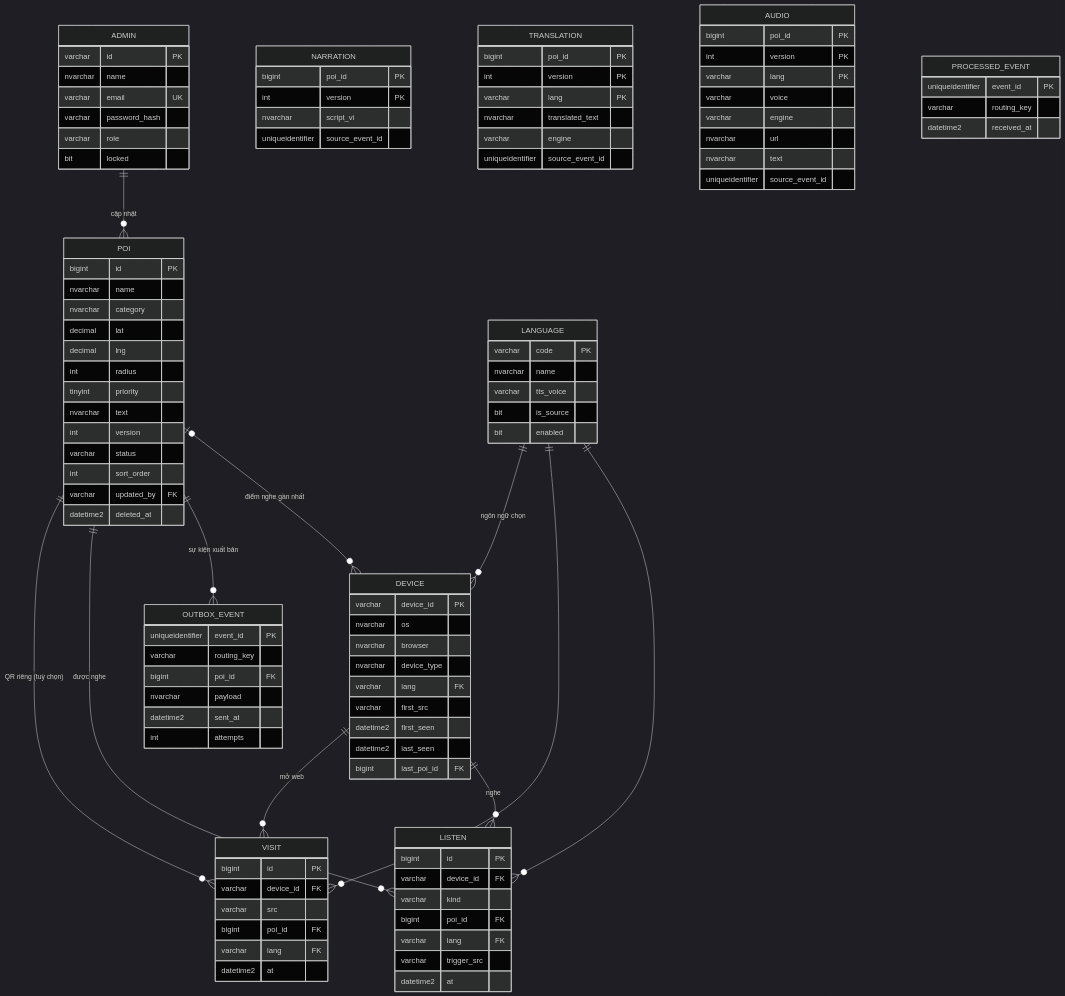
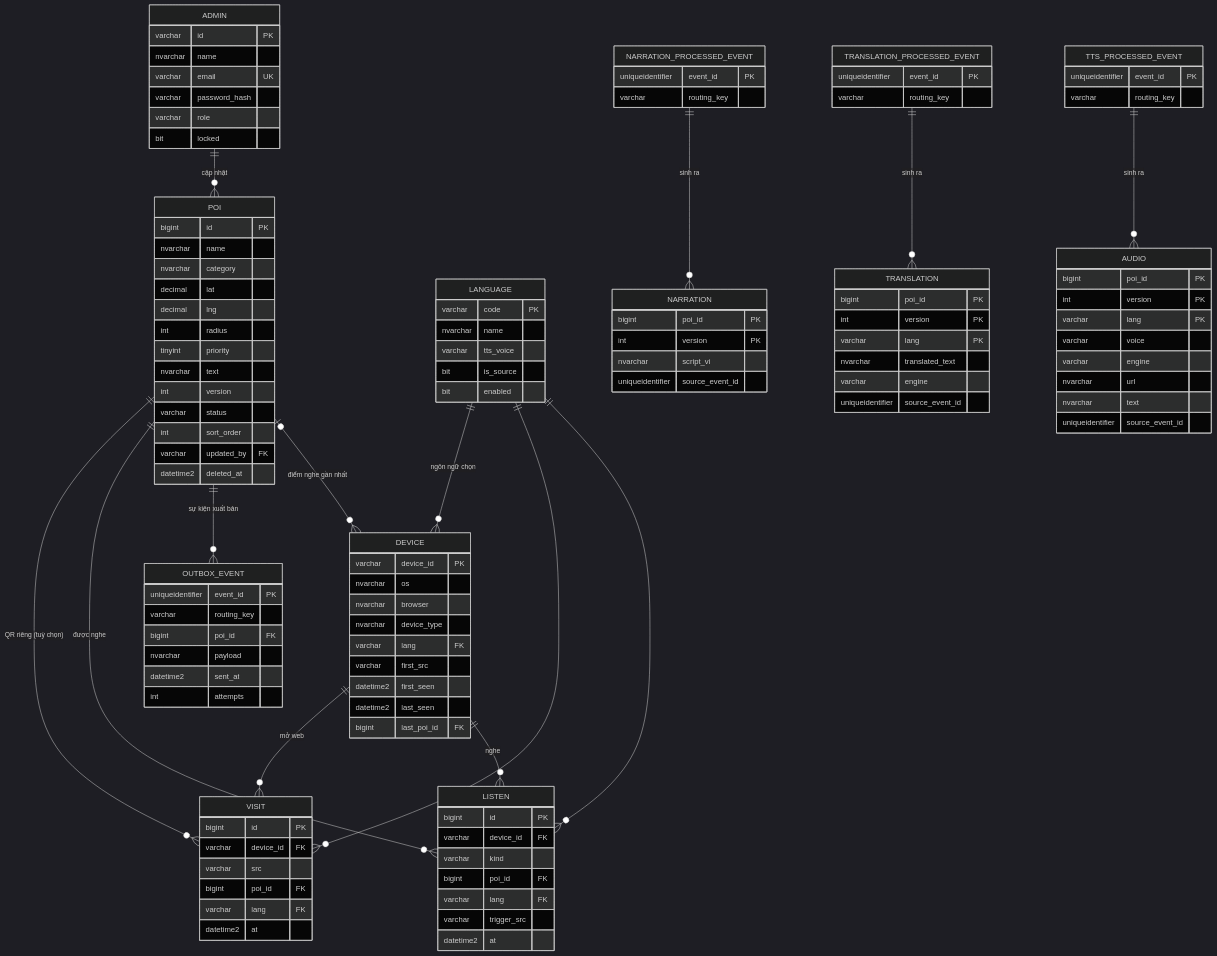
Before and after one commit to dnminh81gl-blip/CNPM_THUYET_MINH_TU_DONG: the diagram in docs/database/README.md, drawn with Mermaid (dark theme). The commit also changed other lines of this file and 2 other files, not shown here.

Commit message:
CSDL: noi NARRATION/TRANSLATION/AUDIO voi PROCESSED_EVENT cung service; bo qua thu muc .vs

````diff
--- a/docs/database/README.md
+++ b/docs/database/README.md
@@ -135,9 +135,19 @@
         nvarchar text
         uniqueidentifier source_event_id
     }
-    PROCESSED_EVENT {
+    NARRATION_PROCESSED_EVENT {
         uniqueidentifier event_id PK
         varchar routing_key
-        datetime2 received_at
     }
+    TRANSLATION_PROCESSED_EVENT {
+        uniqueidentifier event_id PK
+        varchar routing_key
+    }
+    TTS_PROCESSED_EVENT {
+        uniqueidentifier event_id PK
+        varchar routing_key
+    }
+    NARRATION_PROCESSED_EVENT ||--o{ NARRATION : "sinh ra"
+    TRANSLATION_PROCESSED_EVENT ||--o{ TRANSLATION : "sinh ra"
+    TTS_PROCESSED_EVENT ||--o{ AUDIO : "sinh ra"
 ```
````
